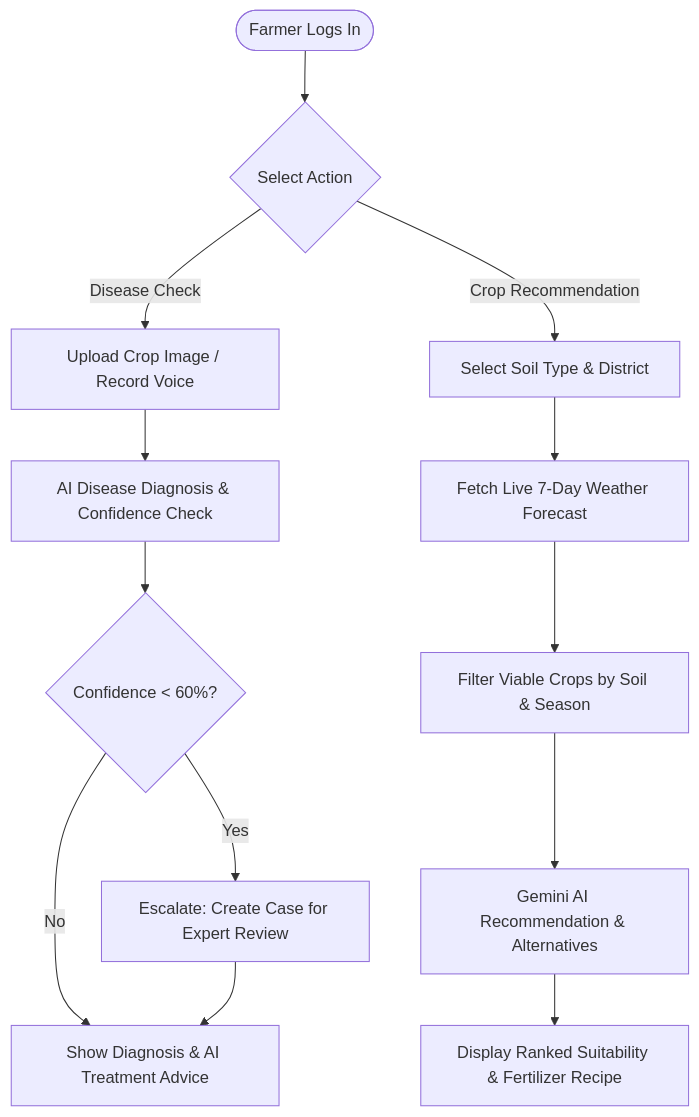
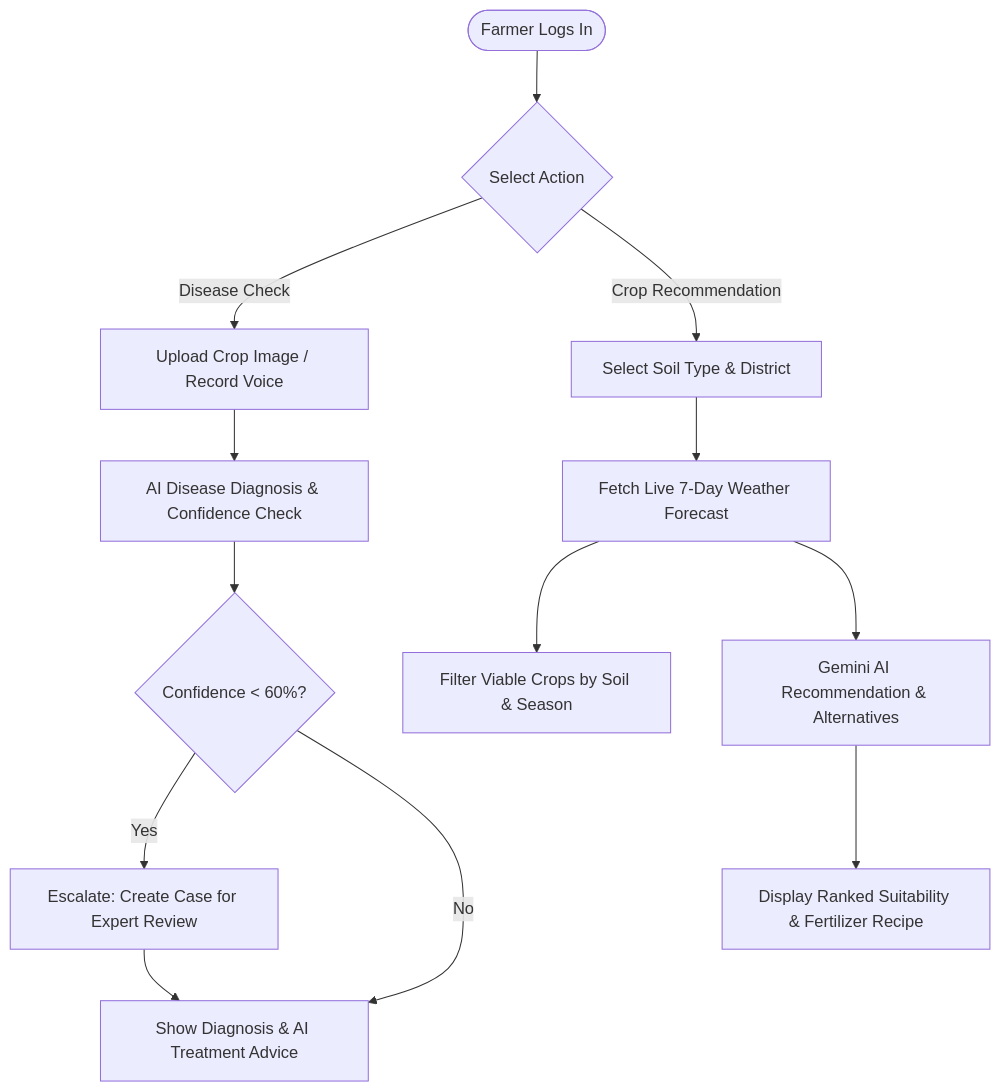
Before and after one commit to brijeshearn12-dotcom/kisan-alert: the second of 4 diagrams in README.md, drawn with Mermaid. The commit also changed other lines of this file, not shown here.

````diff
--- a/README.md
+++ b/README.md
@@ -110,17 +162,17 @@
 ```mermaid
 flowchart TD
     Start([Farmer Logs In]) --> Choice{Select Action}
     
     Choice -->|Disease Check| UploadImage[Upload Crop Image / Record Voice]
     UploadImage --> AIAnalyze[AI Disease Diagnosis & Confidence Check]
     AIAnalyze --> ConfCheck{Confidence < 60%?}
     ConfCheck -->|Yes| Escalate[Escalate: Create Case for Expert Review]
     ConfCheck -->|No| ShowFarmer[Show Diagnosis & AI Treatment Advice]
     Escalate --> ShowFarmer
     
     Choice -->|Crop Recommendation| InputSoil[Select Soil Type & District]
     InputSoil --> GetWeather[Fetch Live 7-Day Weather Forecast]
     GetWeather --> CropLookup[Filter Viable Crops by Soil & Season]
-    CropLookup --> GeminiRec[Gemini AI Recommendation & Alternatives]
+    GetWeather --> GeminiRec[Gemini AI Recommendation & Alternatives]
     GeminiRec --> ShowRec[Display Ranked Suitability & Fertilizer Recipe]
 ```
````
